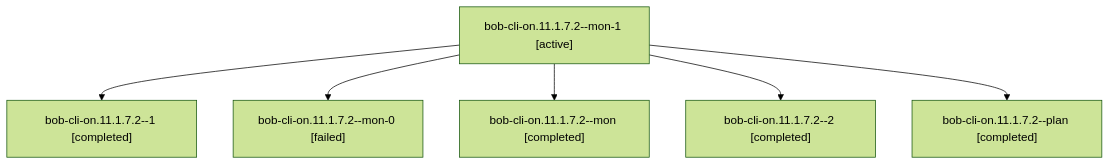
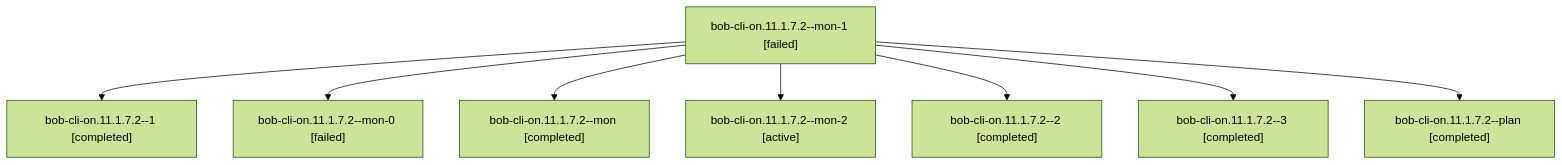
The diagram in sessions/bbugyi200.athena.bob-cli-on.11.1.7.2.md (bobs-org/bob-cli--agents), drawn with Mermaid (forest theme) before and after one commit. The commit also changed other lines of this file and 189 other files, not shown here.

````diff
--- a/sessions/bbugyi200.athena.bob-cli-on.11.1.7.2.md
+++ b/sessions/bbugyi200.athena.bob-cli-on.11.1.7.2.md
@@ -9,14 +9,18 @@
 ```mermaid
 flowchart TD
-  n0["bob-cli-on.11.1.7.2--mon-1 [active]"]
+  n0["bob-cli-on.11.1.7.2--mon-1 [failed]"]
   n1["bob-cli-on.11.1.7.2--1 [completed]"]
   n0 --> n1
   n2["bob-cli-on.11.1.7.2--mon-0 [failed]"]
   n0 --> n2
   n3["bob-cli-on.11.1.7.2--mon [completed]"]
   n0 --> n3
-  n4["bob-cli-on.11.1.7.2--2 [completed]"]
+  n4["bob-cli-on.11.1.7.2--mon-2 [active]"]
   n0 --> n4
-  n5["bob-cli-on.11.1.7.2--plan [completed]"]
+  n5["bob-cli-on.11.1.7.2--2 [completed]"]
   n0 --> n5
+  n6["bob-cli-on.11.1.7.2--3 [completed]"]
+  n0 --> n6
+  n7["bob-cli-on.11.1.7.2--plan [completed]"]
+  n0 --> n7
 ```
````
